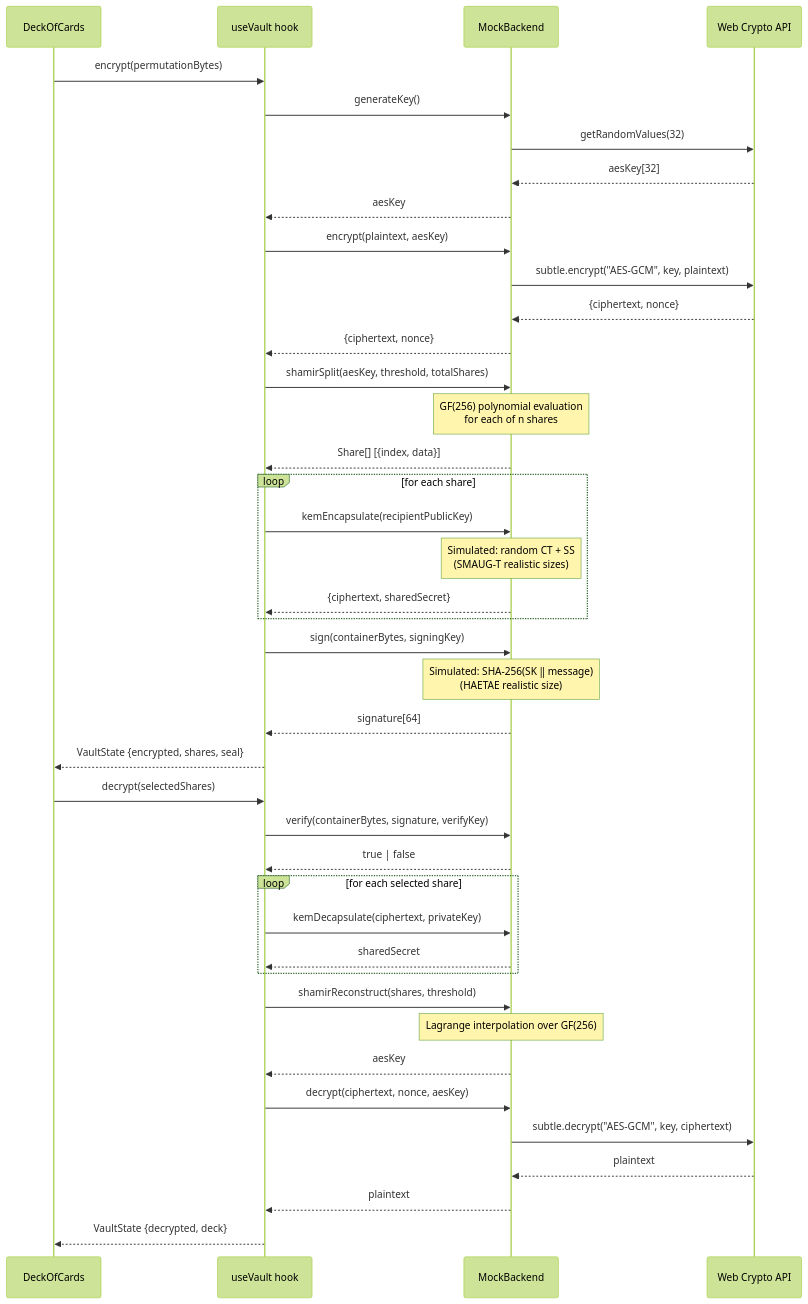
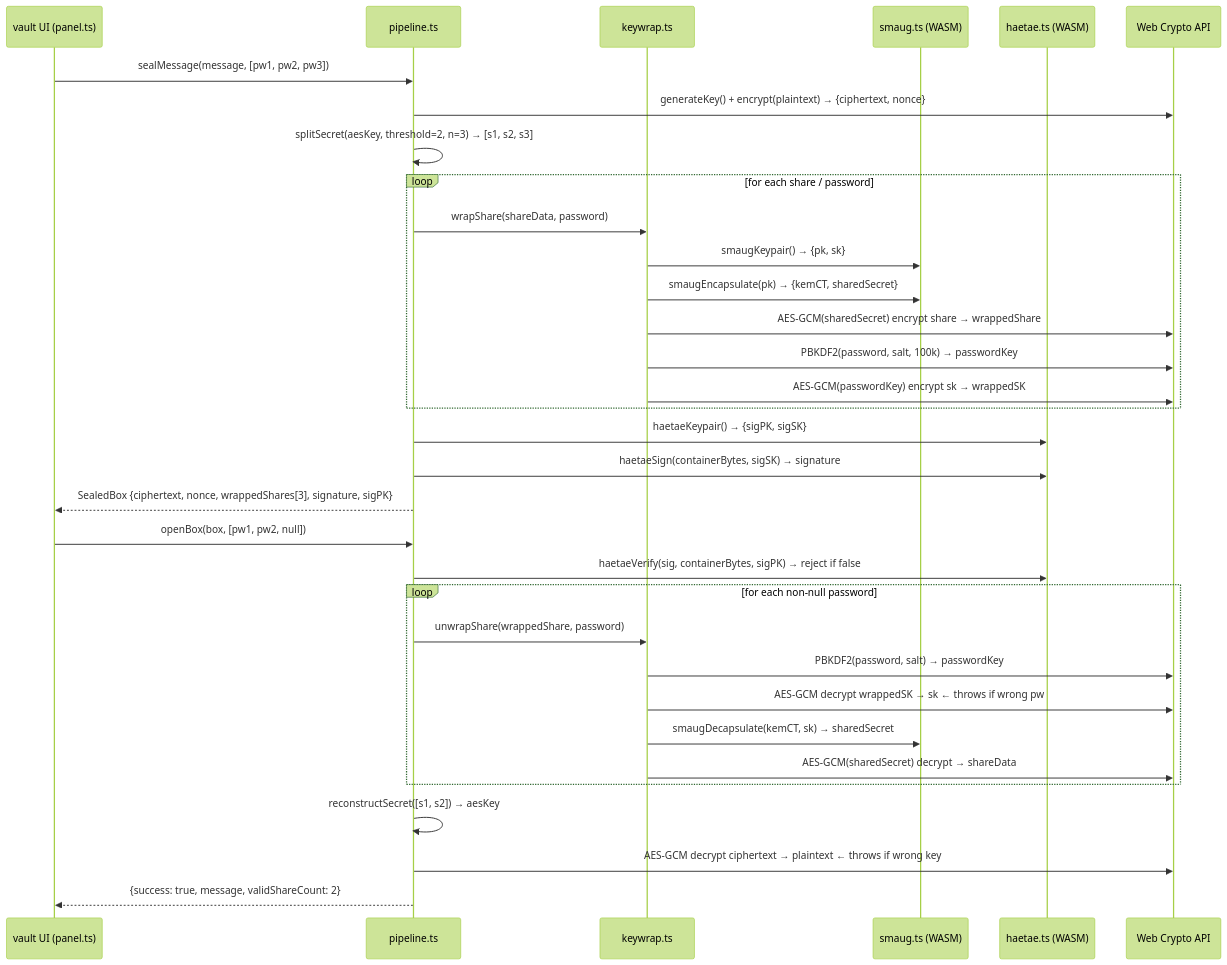
Before and after one commit to systemslibrarian/quantum-vault-kpqc: the second of 2 diagrams in docs/ARCHITECTURE.md, drawn with Mermaid (forest theme). The commit also changed other lines of this file and 5 other files, not shown here.

````diff
--- a/docs/ARCHITECTURE.md
+++ b/docs/ARCHITECTURE.md
@@ -66,53 +69,41 @@
 ```mermaid
 sequenceDiagram
-    participant UI as DeckOfCards
-    participant Hook as useVault hook
-    participant Backend as MockBackend
-    participant SubtleCrypto as Web Crypto API
+    participant UI as vault UI (panel.ts)
+    participant PL as pipeline.ts
+    participant KW as keywrap.ts
+    participant SMAUG as smaug.ts (WASM)
+    participant HAETAE as haetae.ts (WASM)
+    participant WebCrypto as Web Crypto API
 
-    UI->>Hook: encrypt(permutationBytes)
-    Hook->>Backend: generateKey()
-    Backend->>SubtleCrypto: getRandomValues(32)
-    SubtleCrypto-->>Backend: aesKey[32]
-    Backend-->>Hook: aesKey
+    UI->>PL: sealMessage(message, [pw1, pw2, pw3])
+    PL->>WebCrypto: generateKey() + encrypt(plaintext) → {ciphertext, nonce}
+    PL->>PL: splitSecret(aesKey, threshold=2, n=3) → [s1, s2, s3]
 
-    Hook->>Backend: encrypt(plaintext, aesKey)
-    Backend->>SubtleCrypto: subtle.encrypt("AES-GCM", key, plaintext)
-    SubtleCrypto-->>Backend: {ciphertext, nonce}
-    Backend-->>Hook: {ciphertext, nonce}
-
-    Hook->>Backend: shamirSplit(aesKey, threshold, totalShares)
-    Note over Backend: GF(256) polynomial evaluation<br/>for each of n shares
-    Backend-->>Hook: Share[] [{index, data}]
-
-    loop for each share
-        Hook->>Backend: kemEncapsulate(recipientPublicKey)
-        Note over Backend: Simulated: random CT + SS<br/>(SMAUG-T realistic sizes)
-        Backend-->>Hook: {ciphertext, sharedSecret}
+    loop for each share / password
+        PL->>KW: wrapShare(shareData, password)
+        KW->>SMAUG: smaugKeypair() → {pk, sk}
+        KW->>SMAUG: smaugEncapsulate(pk) → {kemCT, sharedSecret}
+        KW->>WebCrypto: AES-GCM(sharedSecret) encrypt share → wrappedShare
+        KW->>WebCrypto: PBKDF2(password, salt, 100k) → passwordKey
+        KW->>WebCrypto: AES-GCM(passwordKey) encrypt sk → wrappedSK
     end
 
-    Hook->>Backend: sign(containerBytes, signingKey)
-    Note over Backend: Simulated: SHA-256(SK ‖ message)<br/>(HAETAE realistic size)
-    Backend-->>Hook: signature[64]
+    PL->>HAETAE: haetaeKeypair() → {sigPK, sigSK}
+    PL->>HAETAE: haetaeSign(containerBytes, sigSK) → signature
+    PL-->>UI: SealedBox {ciphertext, nonce, wrappedShares[3], signature, sigPK}
 
-    Hook-->>UI: VaultState {encrypted, shares, seal}
+    UI->>PL: openBox(box, [pw1, pw2, null])
+    PL->>HAETAE: haetaeVerify(sig, containerBytes, sigPK) → reject if false
 
-    UI->>Hook: decrypt(selectedShares)
-    Hook->>Backend: verify(containerBytes, signature, verifyKey)
-    Backend-->>Hook: true | false
-
-    loop for each selected share
-        Hook->>Backend: kemDecapsulate(ciphertext, privateKey)
-        Backend-->>Hook: sharedSecret
+    loop for each non-null password
+        PL->>KW: unwrapShare(wrappedShare, password)
+        KW->>WebCrypto: PBKDF2(password, salt) → passwordKey
+        KW->>WebCrypto: AES-GCM decrypt wrappedSK → sk  ← throws if wrong pw
+        KW->>SMAUG: smaugDecapsulate(kemCT, sk) → sharedSecret
+        KW->>WebCrypto: AES-GCM(sharedSecret) decrypt → shareData
     end
 
-    Hook->>Backend: shamirReconstruct(shares, threshold)
-    Note over Backend: Lagrange interpolation over GF(256)
-    Backend-->>Hook: aesKey
-
-    Hook->>Backend: decrypt(ciphertext, nonce, aesKey)
-    Backend->>SubtleCrypto: subtle.decrypt("AES-GCM", key, ciphertext)
-    SubtleCrypto-->>Backend: plaintext
-    Backend-->>Hook: plaintext
-    Hook-->>UI: VaultState {decrypted, deck}
+    PL->>PL: reconstructSecret([s1, s2]) → aesKey
+    PL->>WebCrypto: AES-GCM decrypt ciphertext → plaintext  ← throws if wrong key
+    PL-->>UI: {success: true, message, validShareCount: 2}
 ```
````
